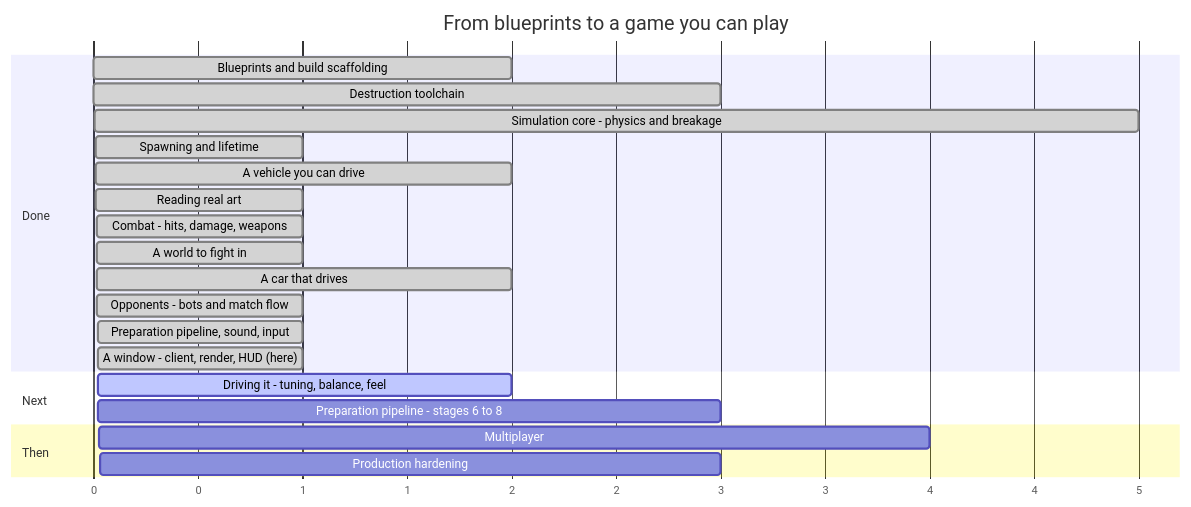
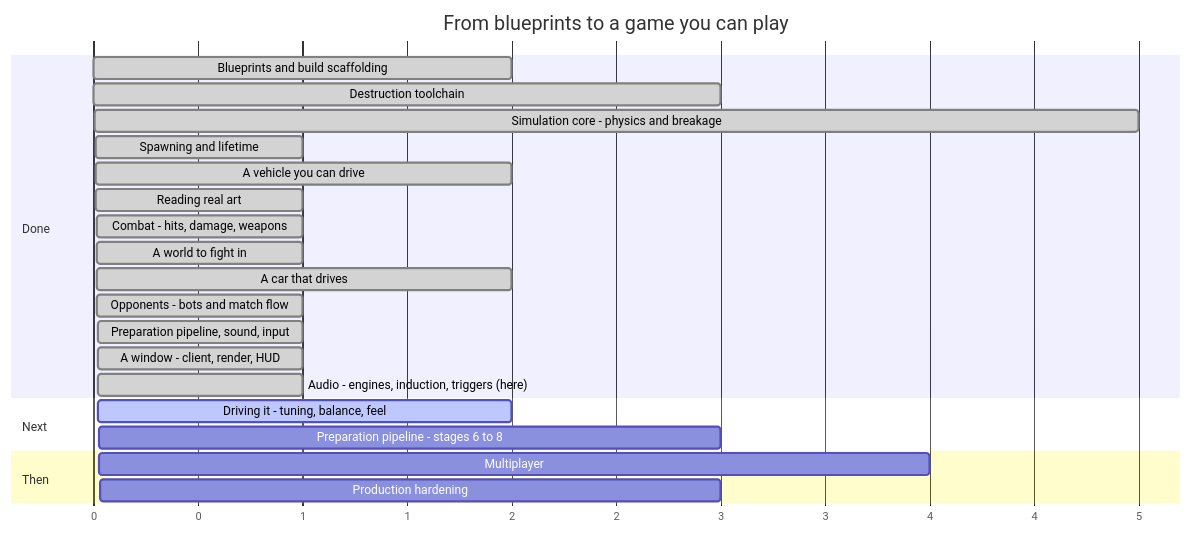
Before and after one commit to RobLobsta/Syndicate: the diagram in ROADMAP.md, drawn with Mermaid. The commit also changed other lines of this file and 62 other files, not shown here.

````diff
--- a/ROADMAP.md
+++ b/ROADMAP.md
@@ -16,28 +18,29 @@
 ```mermaid
 gantt
     title From blueprints to a game you can play
     dateFormat X
     axisFormat %s
 
     section Done
     Blueprints and build scaffolding        :done, p0, 0, 2
     Destruction toolchain                   :done, p1, 2, 3
     Simulation core - physics and breakage   :done, p2, 5, 5
     Spawning and lifetime                   :done, p3, 10, 1
     A vehicle you can drive                 :done, p4, 11, 2
     Reading real art                        :done, p6a, 13, 1
     Combat - hits, damage, weapons          :done, p5, 14, 1
     A world to fight in                     :done, p6, 15, 1
     A car that drives                       :done, p6b, 16, 2
     Opponents - bots and match flow         :done, p8, 18, 1
     Preparation pipeline, sound, input      :done, p6c, 19, 1
-    A window - client, render, HUD (here)   :done, p7, 20, 1
+    A window - client, render, HUD          :done, p7, 20, 1
+    Audio - engines, induction, triggers (here) :done, p7b, 21, 1
 
     section Next
-    Driving it - tuning, balance, feel      :active, p11, 21, 2
-    Preparation pipeline - stages 6 to 8    :p6d, 23, 3
+    Driving it - tuning, balance, feel      :active, p11, 22, 2
+    Preparation pipeline - stages 6 to 8    :p6d, 24, 3
 
     section Then
     Multiplayer                             :p9, 26, 4
     Production hardening                    :p10, 30, 3
 ```
````
